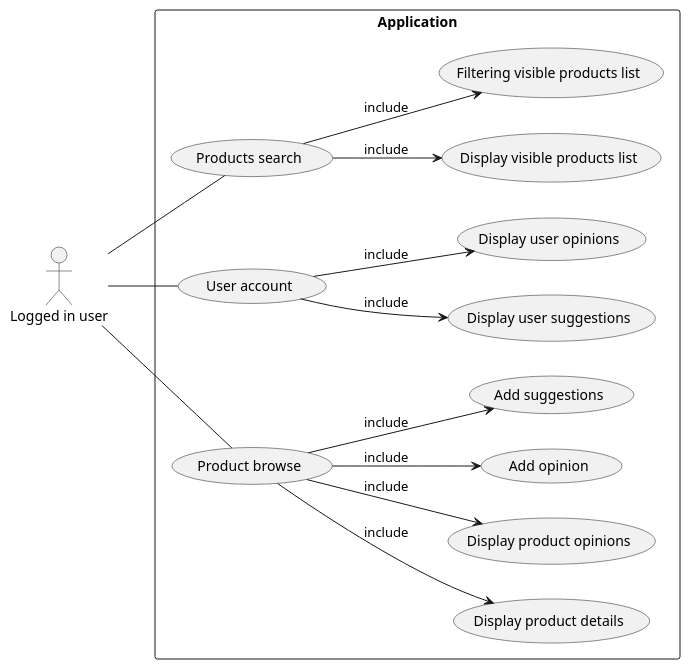
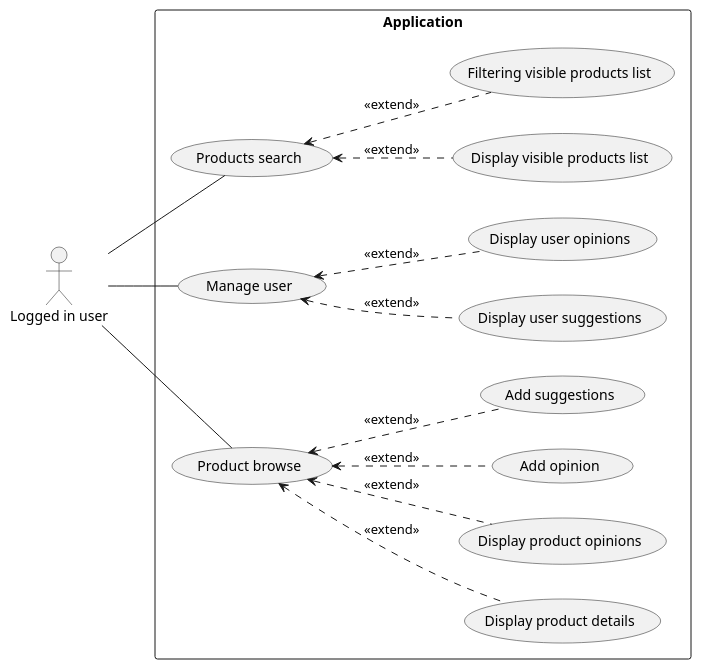
The fourth of 5 diagrams in README.md (RadekBucki/OpinionCollectorArchitecture), drawn with PlantUML before and after one commit. The commit also changed other lines of this file, not shown here.

Commit message:
Usages diagram relation fix

````diff
--- a/README.md
+++ b/README.md
@@ -99,26 +99,26 @@
 ```plantuml
 @startuml
 
 left to right direction
 
 actor "Logged in user" AS customer
 
 rectangle Application {
     customer -- (Products search)
-    customer -- (User account)
+    customer -- (Manage user)
     customer -- (Product browse)
     
-    (Products search) --> (Display visible products list) : include
-    (Products search) --> (Filtering visible products list) : include
+    (Products search) <.. (Display visible products list): <<extend>>
+    (Products search) <.. (Filtering visible products list): <<extend>>
     
-    (Product browse) --> (Display product details) : include
-    (Product browse) --> (Display product opinions) : include
-    (Product browse) --> (Add opinion) : include
-    (Product browse) --> (Add suggestions) : include
+    (Product browse) <.. (Display product details): <<extend>>
+    (Product browse) <.. (Display product opinions): <<extend>>
+    (Product browse) <.. (Add opinion): <<extend>>
+    (Product browse) <.. (Add suggestions): <<extend>>
     
-    (User account) --> (Display user suggestions) : include
-    (User account) --> (Display user opinions) : include
+    (Manage user) <.. (Display user suggestions): <<extend>>
+    (Manage user) <.. (Display user opinions): <<extend>>
 }
 
 @enduml
 ```
````
